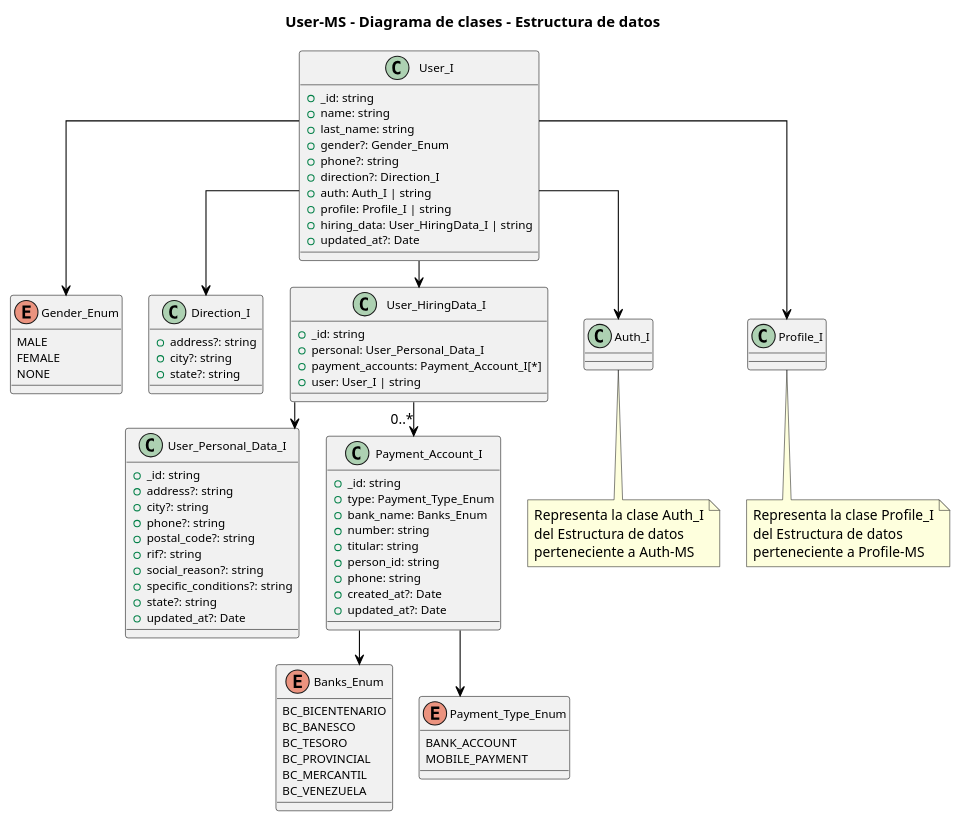
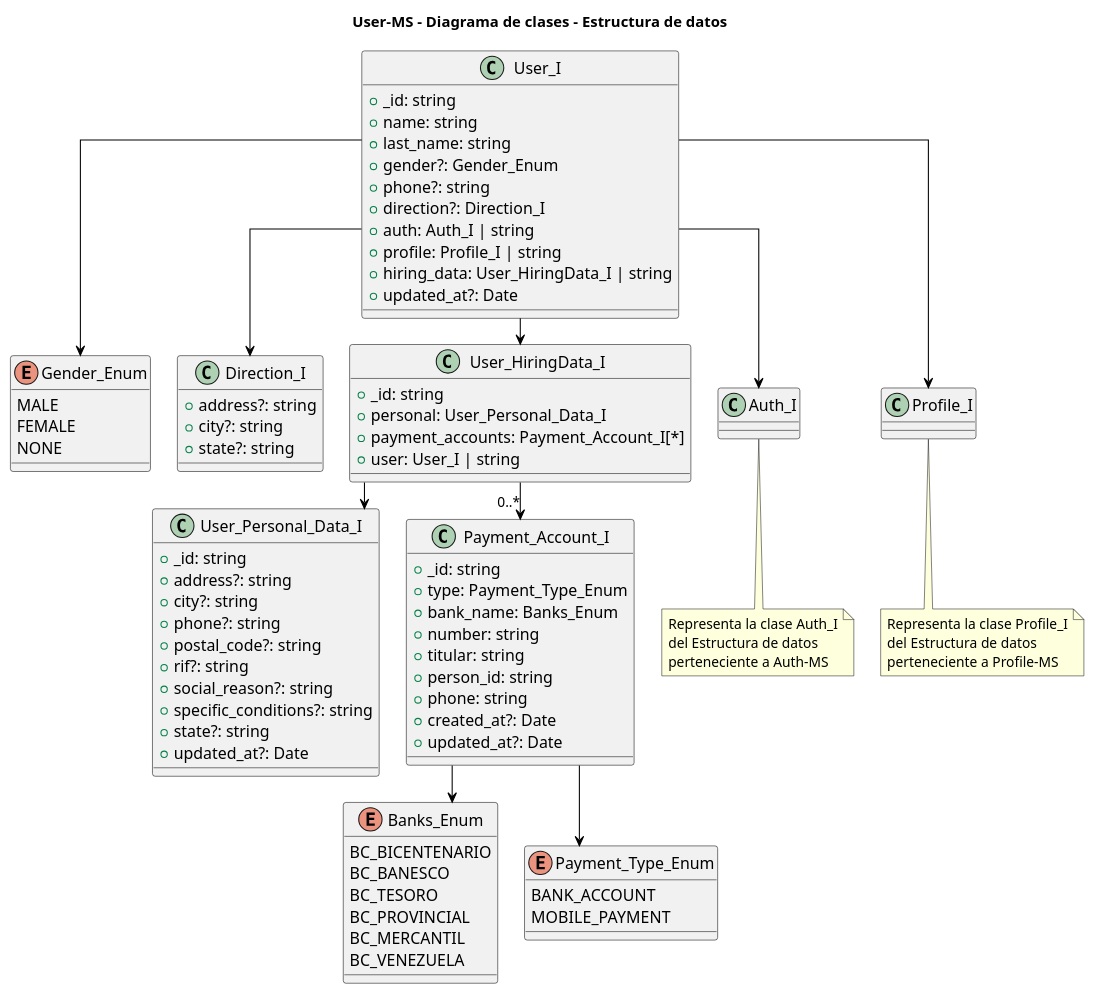
The second of 9 diagrams in diagrams/class.md (Tesis-project/dev-globals), drawn with PlantUML before and after one commit. The commit also changed other lines of this file and 5 other files, not shown here.

Commit message:
feat: Add ER diagram and database schema for user management and authentication

```diff
--- a/diagrams/class.md
+++ b/diagrams/class.md
@@ -109,12 +109,12 @@
     BackgroundColor<<Interface>> #F5F5DC
     BorderColor Black
     ArrowColor Black
-    FontSize 12
-    AttributeFontSize 11
-    StereotypeFontSize 12
-    ClassFontSize 12
-    ClassAttributeFontSize 11
-    ClassStereotypeFontSize 12
+    FontSize 15
+    AttributeFontSize 15
+    StereotypeFontSize 15
+    ClassFontSize 15
+    ClassAttributeFontSize 15
+    ClassStereotypeFontSize 15
     ClassBorderColor Black
     ClassArrowColor Black
 }
```
